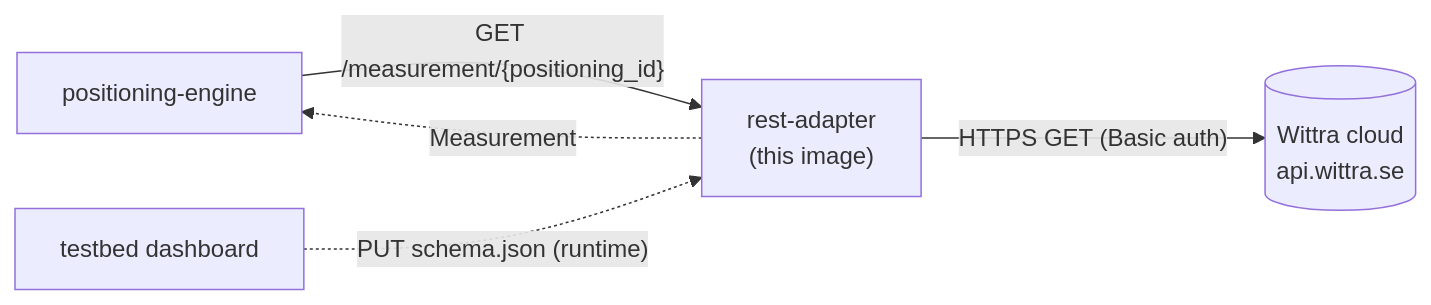
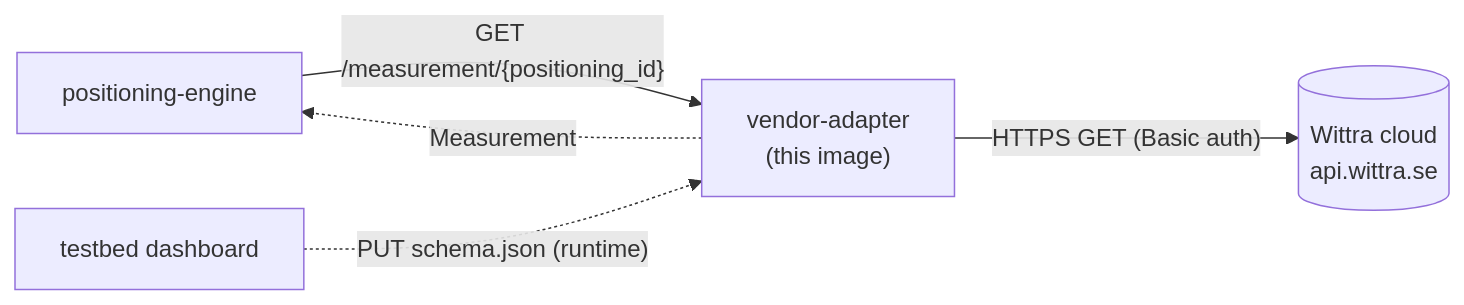
The first of 2 diagrams in docs/integrating-a-vendor-rest-api.md (Jacobbista/5g-northbound), drawn with Mermaid before and after one commit. The commit also changed other lines of this file and 241 other files, not shown here.

````diff
--- a/docs/integrating-a-vendor-rest-api.md
+++ b/docs/integrating-a-vendor-rest-api.md
@@ -18,7 +18,7 @@
 ```mermaid
 flowchart LR
-    ENG["positioning-engine"] -->|"GET /measurement/{positioning_id}"| RA["rest-adapter<br/>(this image)"]
+    ENG["positioning-engine"] -->|"GET /measurement/{positioning_id}"| RA["vendor-adapter<br/>(this image)"]
     RA -->|"HTTPS GET (Basic auth)"| W[("Wittra cloud<br/>api.wittra.se")]
     RA -.->|Measurement| ENG
     DASH["testbed dashboard"] -.->|"PUT schema.json (runtime)"| RA
 ```
````
